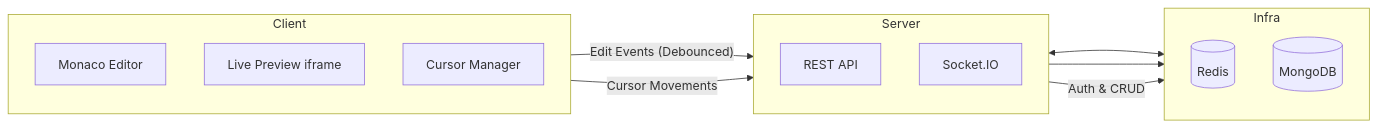
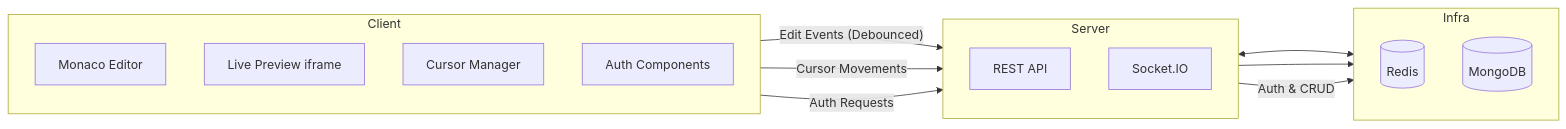
Before and after one commit to itsA-D/Collaborative-Code-Editor: the diagram in README.md, drawn with Mermaid. The commit also changed other lines of this file and 15 other files, not shown here.

````diff
--- a/README.md
+++ b/README.md
@@ -74,27 +78,29 @@
 ```mermaid
 flowchart LR
 subgraph Client
   direction TB
   A[Monaco Editor]
   B[Live Preview iframe]
   C[Cursor Manager]
+  D[Auth Components]
 end
 
 subgraph Server
   direction TB
   API[REST API]
   SIO[Socket.IO]
 end
 
 subgraph Infra
   direction TB
   R[(Redis)]
   M[(MongoDB)]
 end
 
 A -- Edit Events (Debounced) --> SIO
 C -- Cursor Movements --> SIO
+D -- Auth Requests --> API
 SIO <--> R
 SIO --> M
 API -- Auth & CRUD --> M
 ```
````
